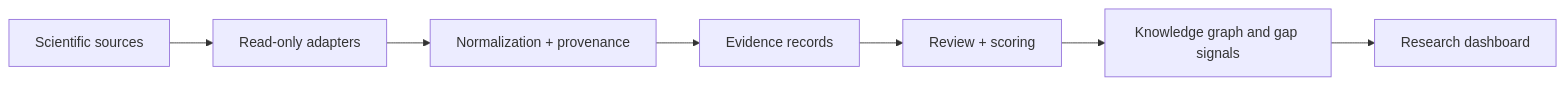
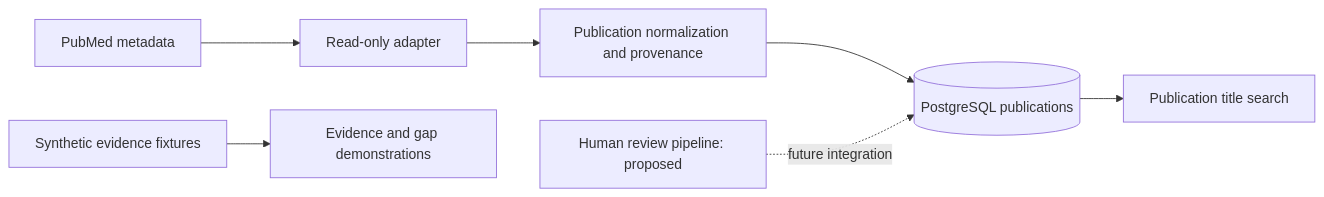
The diagram in README.md (Ciprian-LocalPulse/OpenLongevityLab), drawn with Mermaid before and after one commit. The commit also changed other lines of this file and 85 other files, not shown here.

````diff
--- a/README.md
+++ b/README.md
@@ -27,9 +27,9 @@
 ```mermaid
 flowchart LR
-    A[Scientific sources] --> B[Read-only adapters]
-    B --> C[Normalization + provenance]
-    C --> D[Evidence records]
-    D --> E[Review + scoring]
-    E --> F[Knowledge graph and gap signals]
-    F --> G[Research dashboard]
+    A[PubMed metadata] --> B[Read-only adapter]
+    B --> C[Publication normalization and provenance]
+    C --> D[(PostgreSQL publications)]
+    D --> E[Publication title search]
+    F[Synthetic evidence fixtures] --> G[Evidence and gap demonstrations]
+    H[Human review pipeline: proposed] -. future integration .-> D
 ```
````
